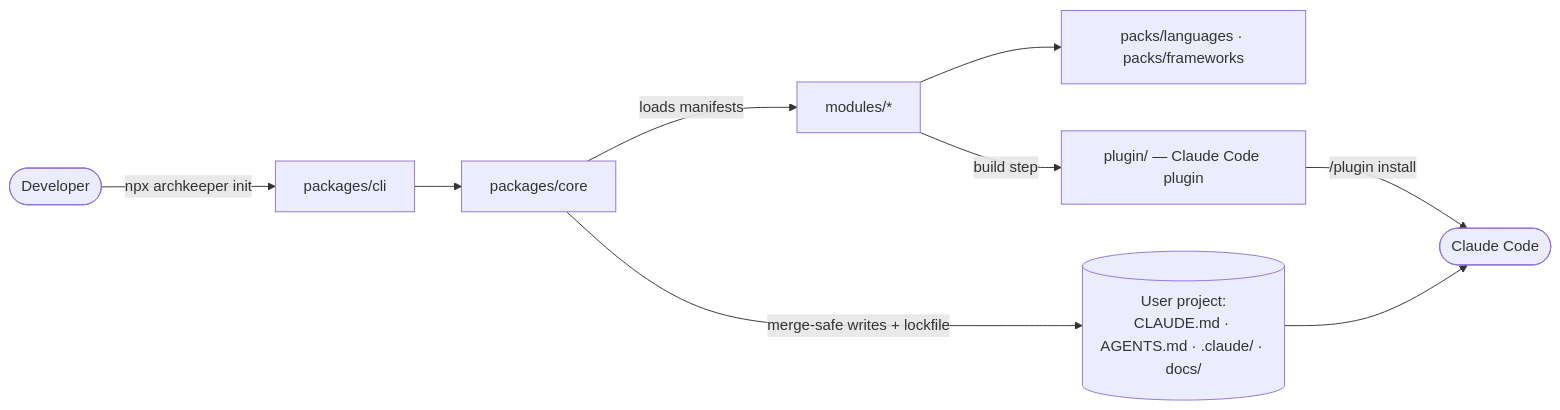
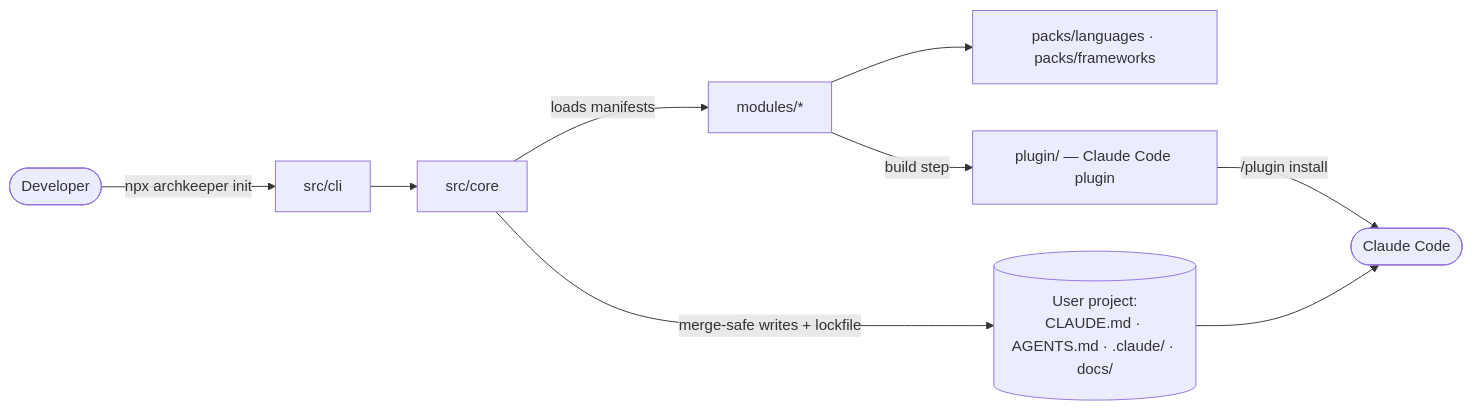
One commit to arbindpd96/archkeeper changed the diagram in docs/architecture.md. Above: the diagram before and after it, drawn with Mermaid. The commit also changed other lines of this file and 19 other files, not shown here.

````diff
--- a/docs/architecture.md
+++ b/docs/architecture.md
@@ -8,11 +8,11 @@
 ```mermaid
 flowchart LR
-  user([Developer]) -->|npx archkeeper init| cli[packages/cli]
-  cli --> core[packages/core]
+  user([Developer]) -->|npx archkeeper init| cli[src/cli]
+  cli --> core[src/core]
   core -->|loads manifests| modules[modules/*]
   modules --> packs[packs/languages · packs/frameworks]
   core -->|merge-safe writes + lockfile| project[(User project:<br/>CLAUDE.md · AGENTS.md · .claude/ · docs/)]
   modules -->|build step| plugin[plugin/ — Claude Code plugin]
   plugin -->|/plugin install| cc([Claude Code])
   project --> cc
 ```
````
